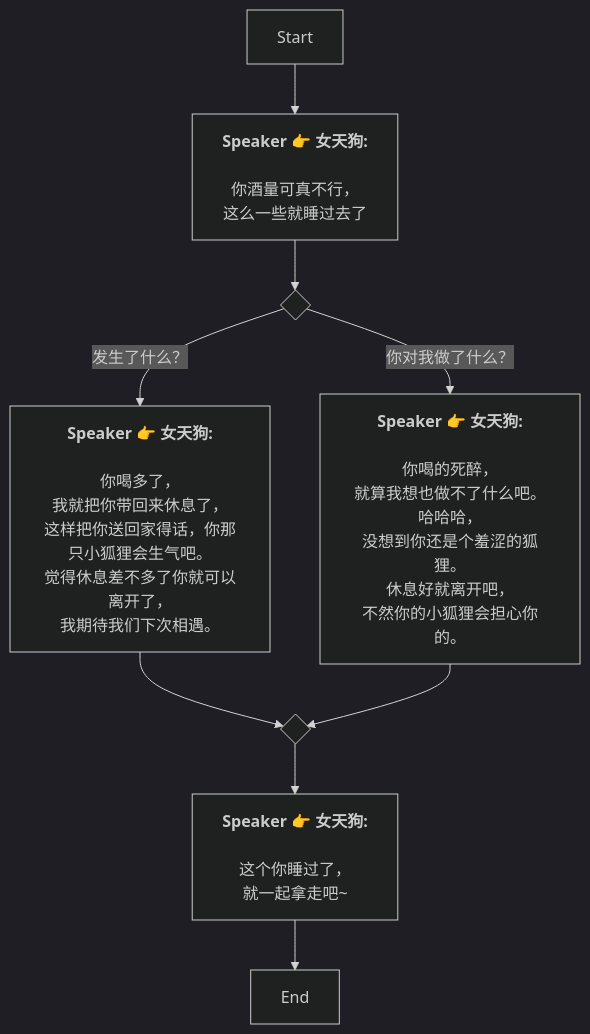
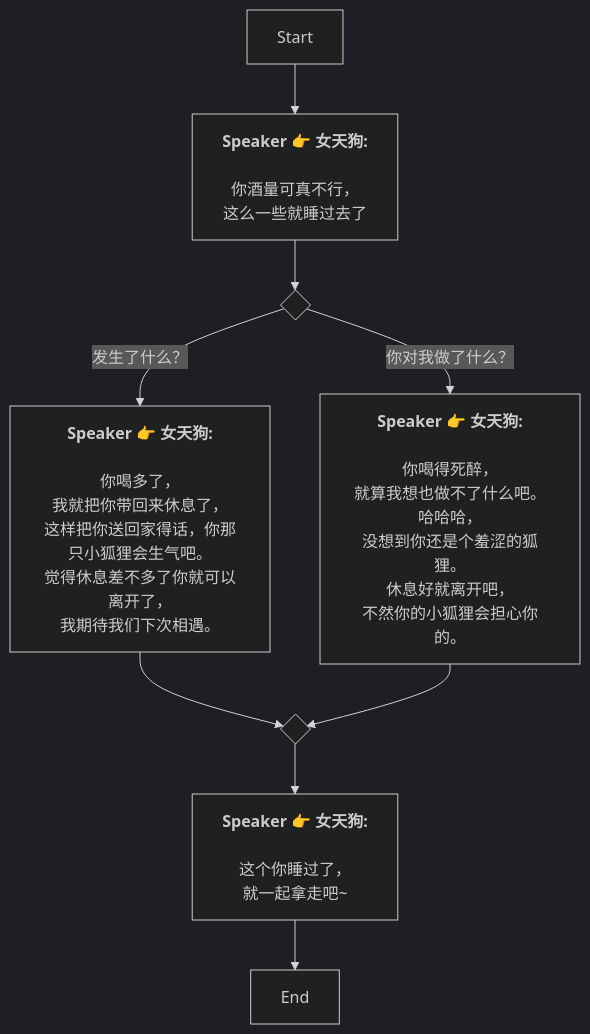
One commit to SoftHu/tos_avg changed the diagram in Zh/QuestStartTalkENode_1741545877219734.md. Above: the diagram before and after it, drawn with Mermaid (dark theme). The commit also changed 199 other files, not shown here.

````diff
--- a/Zh/QuestStartTalkENode_1741545877219734.md
+++ b/Zh/QuestStartTalkENode_1741545877219734.md
@@ -1,31 +1,31 @@
 ```mermaid
 graph
 Start -->1741546023161243[<b>Speaker 👉 女天狗:</b>
 
 你酒量可真不行，
 这么一些就睡过去了]
 1741546023161243 -->1741546082235804{ }
 1741546082235804 -->|发生了什么？|1741546093409697[<b>Speaker 👉 女天狗:</b>
 
 你喝多了，
 我就把你带回来休息了，
 这样把你送回家得话，你那只小狐狸会生气吧。
 觉得休息差不多了你就可以离开了，
 我期待我们下次相遇。]
 1741546082235804 -->|你对我做了什么？|1741546238406051[<b>Speaker 👉 女天狗:</b>
 
-你喝的死醉，
+你喝得死醉，
 就算我想也做不了什么吧。
 哈哈哈，
 没想到你还是个羞涩的狐狸。
 休息好就离开吧，
 不然你的小狐狸会担心你的。]
 1741546093409697 -->1741546332389801{ }
 1741546332389801 -->1741546349762986[<b>Speaker 👉 女天狗:</b>
 
 这个你睡过了，
 就一起拿走吧~]
 1741546349762986 -->1741546463861163[End]
 1741546238406051 -->1741546332389801{ }
 
  ```
````
